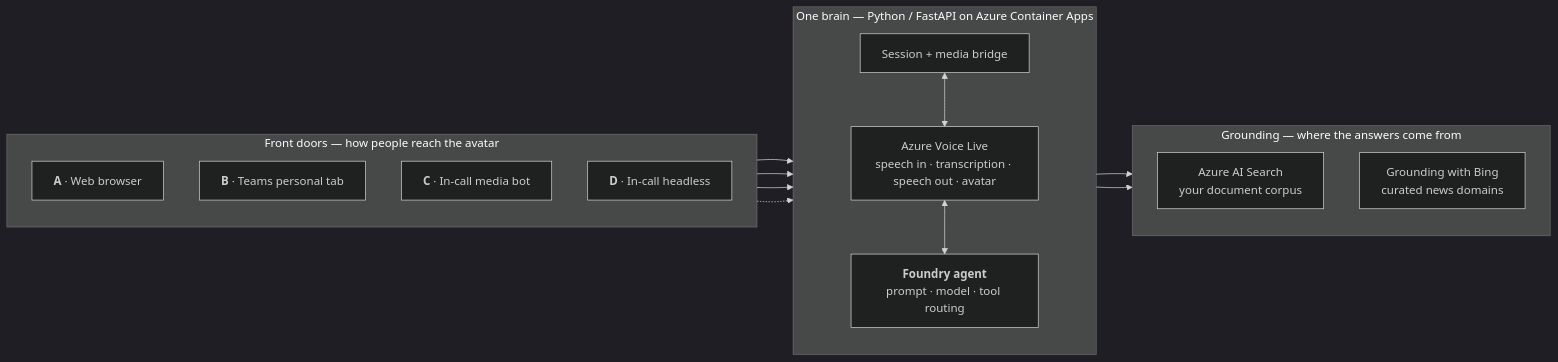
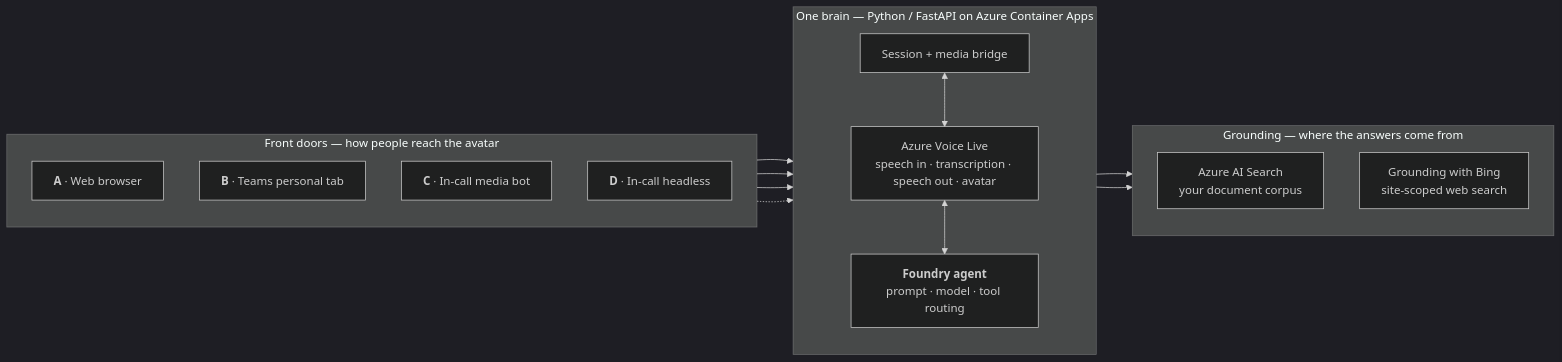
One commit to SridharArrabelly/avatar-forge changed the first of 2 diagrams in README.md. Above: the diagram before and after it, drawn with Mermaid (dark theme). The commit also changed 6 other files, not shown here.

First line of the commit message:
Fix model-mode web search and silence the spoken filler

````diff
--- a/README.md
+++ b/README.md
@@ -33,32 +33,32 @@
 ```mermaid
 flowchart LR
     subgraph Doors["Front doors — how people reach the avatar"]
         direction TB
         A["<b>A</b> · Web browser"]
         B["<b>B</b> · Teams personal tab"]
         C["<b>C</b> · In-call media bot"]
         D["<b>D</b> · In-call headless"]
     end
 
     subgraph Brain["One brain — Python / FastAPI on Azure Container Apps"]
         direction TB
         API["Session + media bridge"]
         VL["Azure Voice Live<br/>speech in · transcription · speech out · avatar"]
         AG["<b>Foundry agent</b><br/>prompt · model · tool routing"]
         API <--> VL
         VL <--> AG
     end
 
     subgraph Ground["Grounding — where the answers come from"]
         direction TB
         S["Azure AI Search<br/>your document corpus"]
-        N["Grounding with Bing<br/>curated news domains"]
+        N["Grounding with Bing<br/>site-scoped web search"]
     end
 
     A --> API
     B --> API
     C --> API
     D -.-> API
     AG --> S
     AG --> N
 ```
````
